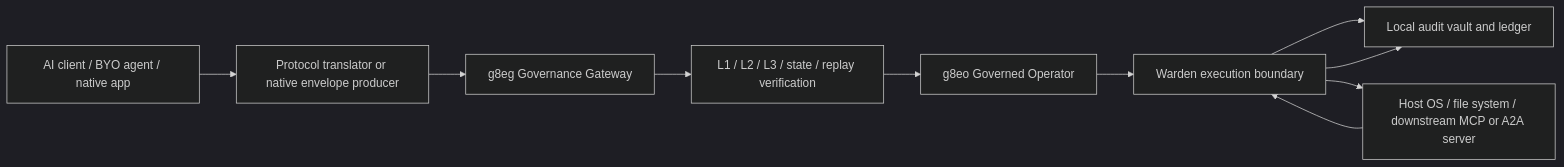
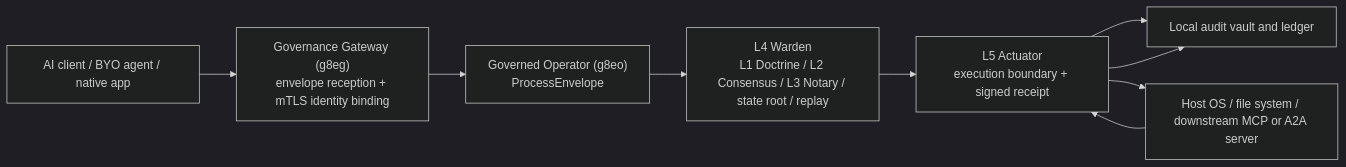
Before and after one commit to g8e-ai/g8e: the diagram in docs/diagrams/flowchart-system-overview-lr.md, drawn with Mermaid (dark theme). The commit also changed other lines of this file and 225 other files, not shown here.

````diff
--- a/docs/diagrams/flowchart-system-overview-lr.md
+++ b/docs/diagrams/flowchart-system-overview-lr.md
@@ -5,21 +5,19 @@
 ```mermaid
 flowchart LR
     Client["AI client / BYO agent / native app"]
-    Ingress["Protocol translator or native envelope producer"]
-    Gateway["g8eg Governance Gateway"]
-    Verify["L1 / L2 / L3 / state / replay verification"]
-    Operator["g8eo Governed Operator"]
-    Warden["Warden execution boundary"]
+    Gateway["Governance Gateway (g8eg)<br/>envelope reception + mTLS identity binding"]
+    Operator["Governed Operator (g8eo)<br/>ProcessEnvelope"]
+    L4Warden["L4 Warden<br/>L1 Doctrine / L2 Consensus / L3 Notary / state root / replay"]
+    L5Actuator["L5 Actuator<br/>execution boundary + signed receipt"]
     Vault["Local audit vault and ledger"]
     Target["Host OS / file system / downstream MCP or A2A server"]
 
-    Client --> Ingress
-    Ingress --> Gateway
-    Gateway --> Verify
-    Verify --> Operator
-    Operator --> Warden
-    Warden --> Vault
-    Warden --> Target
-    Target --> Warden
-    Warden --> Vault
+    Client --> Gateway
+    Gateway --> Operator
+    Operator --> L4Warden
+    L4Warden --> L5Actuator
+    L5Actuator --> Vault
+    L5Actuator --> Target
+    Target --> L5Actuator
+    L5Actuator --> Vault
 ```
````
